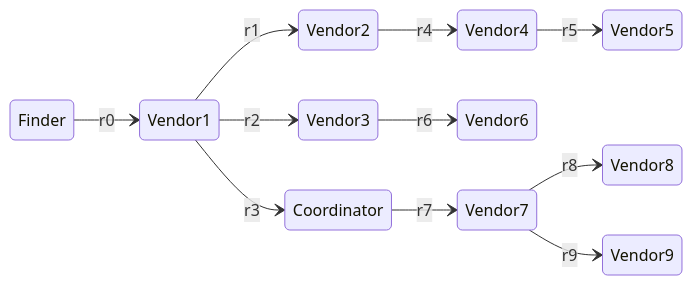
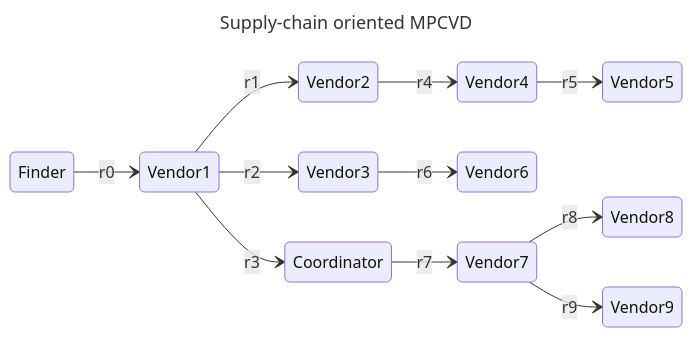
The eighth of 8 diagrams in docs/process_models/rm/rm_interactions.md (CERTCC/Vultron), drawn with Mermaid before and after one commit. The commit also changed other lines of this file and 4 other files, not shown here.

Commit message:
add some diagram titles

````diff
--- a/docs/process_models/rm/rm_interactions.md
+++ b/docs/process_models/rm/rm_interactions.md
@@ -371,14 +392,17 @@
 ```mermaid
+---
+title: Supply-chain oriented MPCVD
+---
 stateDiagram-v2
     direction LR
     Finder --> Vendor1: r0
     Vendor1 --> Vendor2: r1
     Vendor1 --> Vendor3: r2
     Vendor1 --> Coordinator: r3
     Vendor2 --> Vendor4: r4
     Vendor4 --> Vendor5: r5
     Vendor3 --> Vendor6: r6
     Coordinator --> Vendor7: r7
     Vendor7 --> Vendor8: r8
     Vendor7 --> Vendor9: r9
 ```
````
